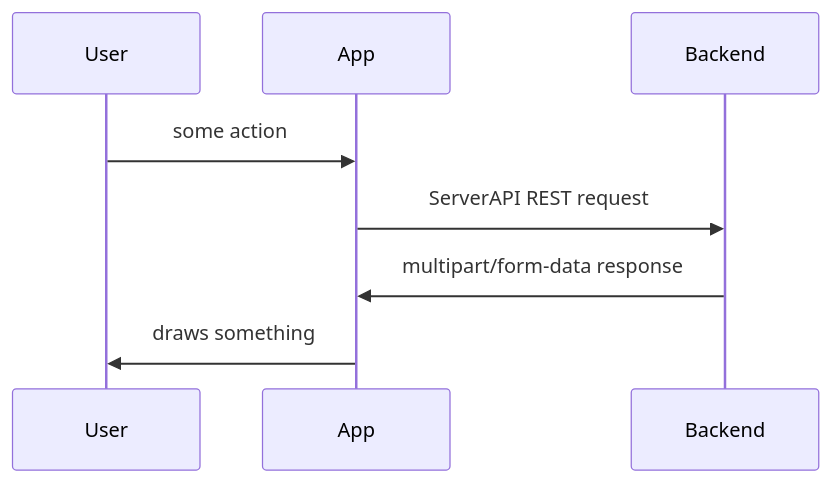
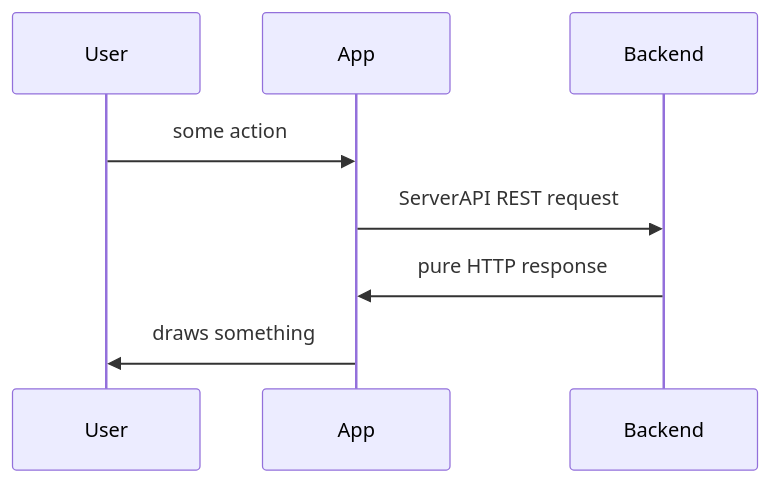
Before and after one commit to funduck/modular-notes: the first of 7 diagrams in README.md, drawn with Mermaid. The commit also changed other lines of this file and 4 other files, not shown here.

````diff
--- a/README.md
+++ b/README.md
@@ -11,7 +11,7 @@
 ```mermaid
 sequenceDiagram
     User->>App: some action
     App->>Backend: ServerAPI REST request
-    Backend->>App: multipart/form-data response
+    Backend->>App: pure HTTP response
     App->>User: draws something
 ```
````
